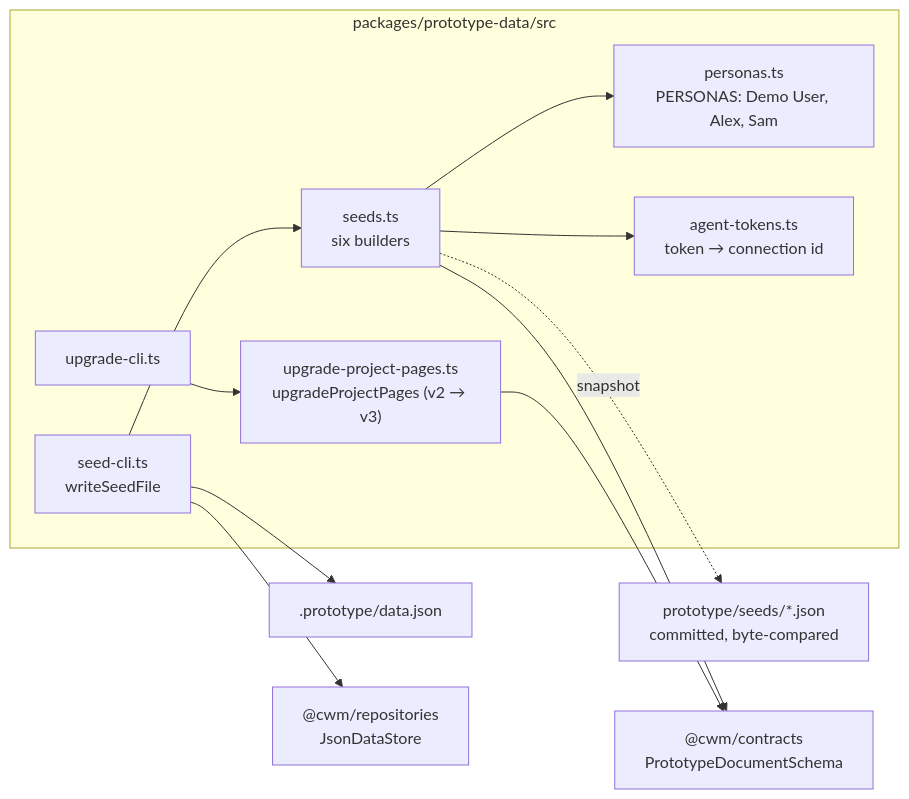
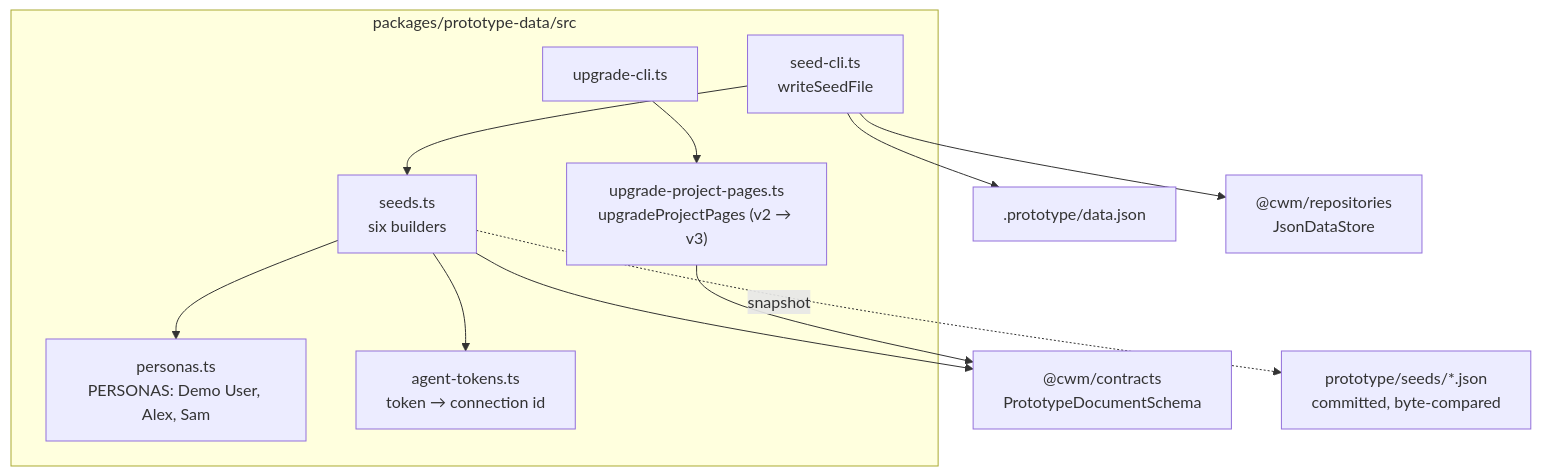
Before and after one commit to CalciteDragon/Canvas-work-manager-prototype: the diagram in docs/architecture/prototype-data/what.md, drawn with Mermaid. The commit also changed 18 other files, not shown here.

First line of the commit message:
docs: validate mermaid diagrams and fix broken ones

````diff
--- a/docs/architecture/prototype-data/what.md
+++ b/docs/architecture/prototype-data/what.md
@@ -5,24 +5,24 @@
 ```mermaid
-flowchart LR
+flowchart TB
   subgraph src["packages/prototype-data/src"]
     personas["personas.ts<br/>PERSONAS: Demo User, Alex, Sam"]
     tokens["agent-tokens.ts<br/>token → connection id"]
     seeds["seeds.ts<br/>six builders"]
     seedcli["seed-cli.ts<br/>writeSeedFile"]
     upgrade["upgrade-project-pages.ts<br/>upgradeProjectPages (v2 → v3)"]
     upcli["upgrade-cli.ts"]
   end
+  contracts["@cwm/contracts<br/>PrototypeDocumentSchema"]
   snapshots["prototype/seeds/*.json<br/>committed, byte-compared"]
   data[".prototype/data.json"]
-  contracts["@cwm/contracts<br/>PrototypeDocumentSchema"]
   store["@cwm/repositories<br/>JsonDataStore"]
   seeds --> personas
   seeds --> tokens
   seeds --> contracts
   seedcli --> seeds
+  seedcli --> data
   seedcli --> store
-  seedcli --> data
   upcli --> upgrade
   upgrade --> contracts
   seeds -. "snapshot" .-> snapshots
 ```
````
